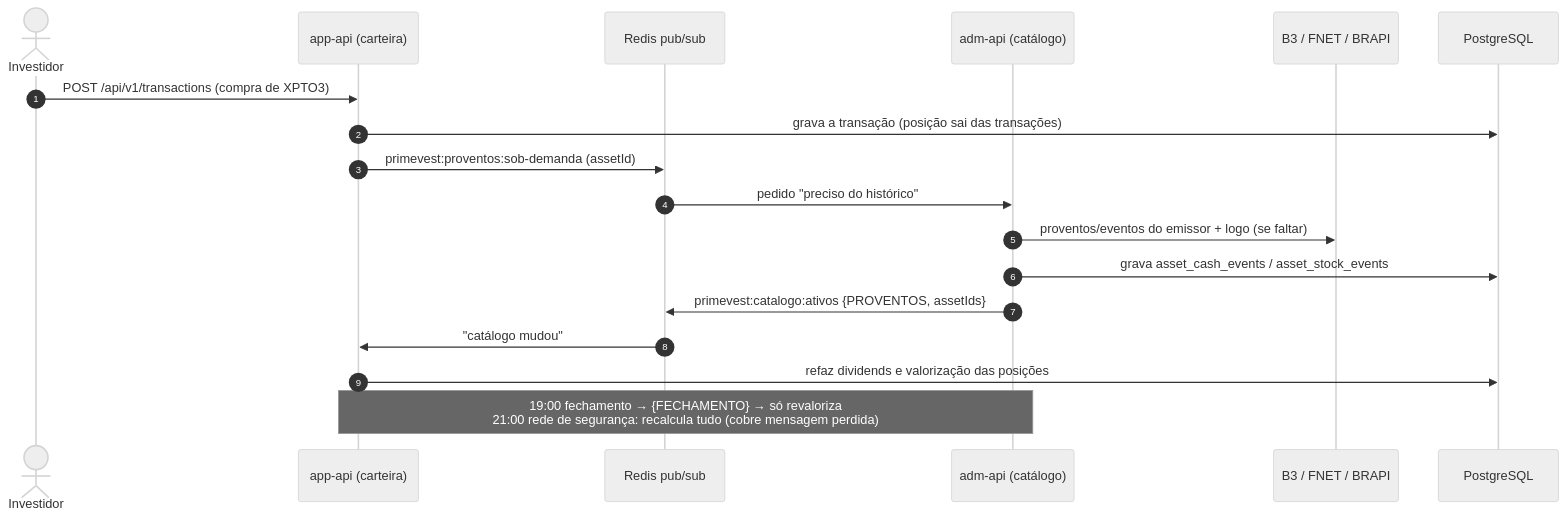
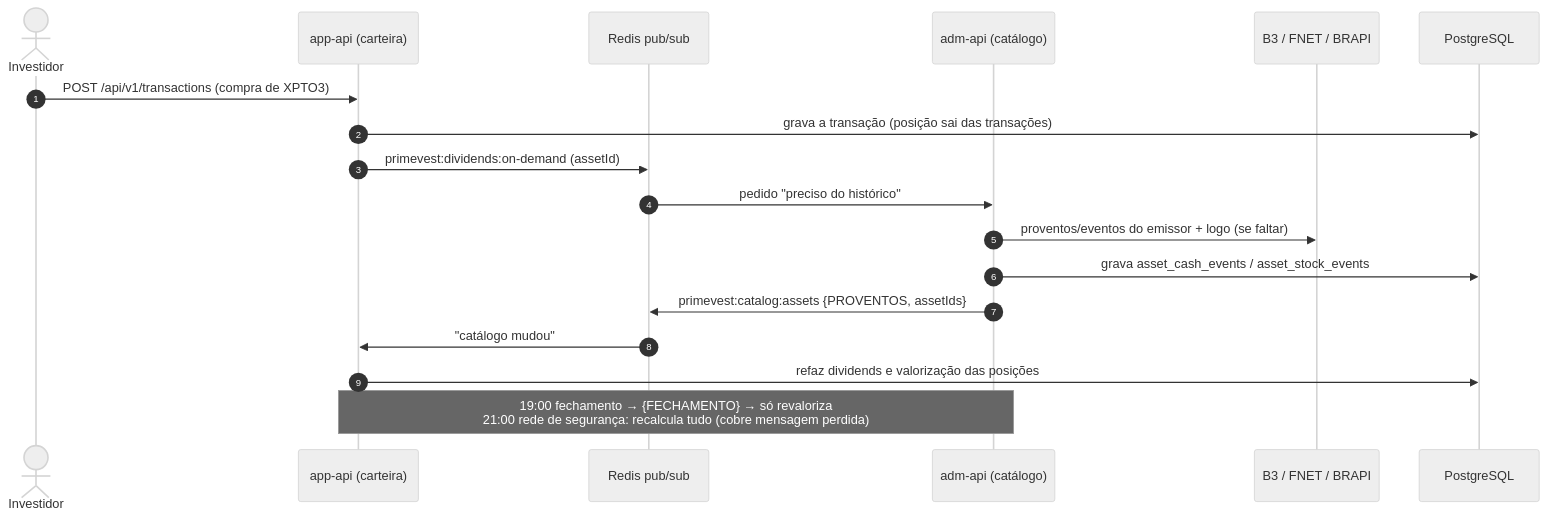
The eighth of 8 diagrams in docs/USE_CASES.md (guilherme-dealmeida/activest), drawn with Mermaid (neutral theme) before and after one commit. The commit also changed other lines of this file and 334 other files, not shown here.

````diff
--- a/docs/USE_CASES.md
+++ b/docs/USE_CASES.md
@@ -320,21 +320,21 @@
 ```mermaid
 sequenceDiagram
     autonumber
     actor I as Investidor
     participant APP as app-api (carteira)
     participant RD as Redis pub/sub
     participant ADM as adm-api (catálogo)
     participant EX as B3 / FNET / BRAPI
     participant DB as PostgreSQL
 
     I->>APP: POST /api/v1/transactions (compra de XPTO3)
     APP->>DB: grava a transação (posição sai das transações)
-    APP->>RD: primevest:proventos:sob-demanda (assetId)
+    APP->>RD: primevest:dividends:on-demand (assetId)
     RD->>ADM: pedido "preciso do histórico"
     ADM->>EX: proventos/eventos do emissor + logo (se faltar)
     ADM->>DB: grava asset_cash_events / asset_stock_events
-    ADM->>RD: primevest:catalogo:ativos {PROVENTOS, assetIds}
+    ADM->>RD: primevest:catalog:assets {PROVENTOS, assetIds}
     RD->>APP: "catálogo mudou"
     APP->>DB: refaz dividends e valorização das posições
     Note over ADM,APP: 19:00 fechamento → {FECHAMENTO} → só revaloriza<br/>21:00 rede de segurança: recalcula tudo (cobre mensagem perdida)
 ```
````
